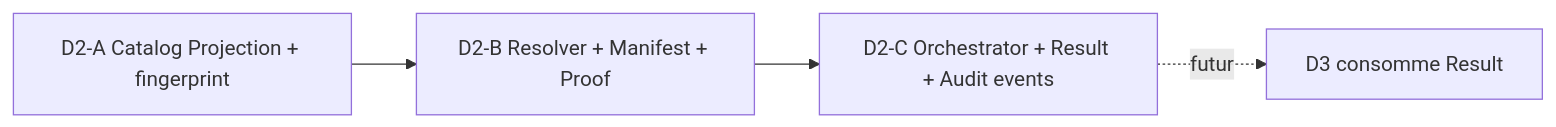
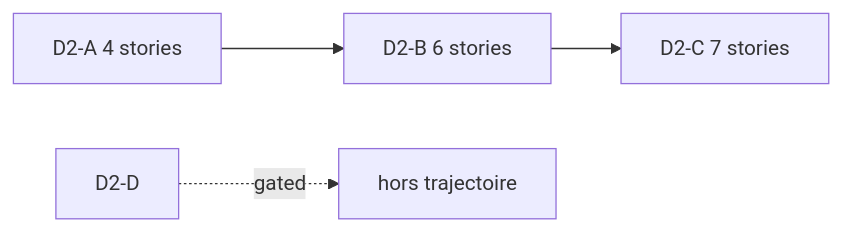
One commit to mcleland147/sfia-workspace changed the diagram in sfia-review-handoff/latest-chatgpt-review.md. Above: the diagram before and after it, drawn with Mermaid. The commit also changed other lines of this file, not shown here.

````diff
--- a/sfia-review-handoff/latest-chatgpt-review.md
+++ b/sfia-review-handoff/latest-chatgpt-review.md
@@ -448,6 +105,6 @@
 ```mermaid
 flowchart LR
-  A[D2-A Catalog Projection + fingerprint] --> B[D2-B Resolver + Manifest + Proof]
-  B --> C[D2-C Orchestrator + Result + Audit events]
-  C -.->|futur| D3[D3 consomme Result]
+  A[D2-A 4 stories] --> B[D2-B 6 stories]
+  B --> C[D2-C 7 stories]
+  D2D[D2-D] -.->|gated| X[hors trajectoire]
 ```
````
